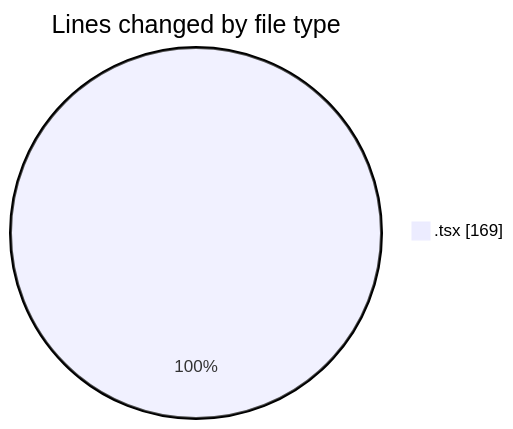
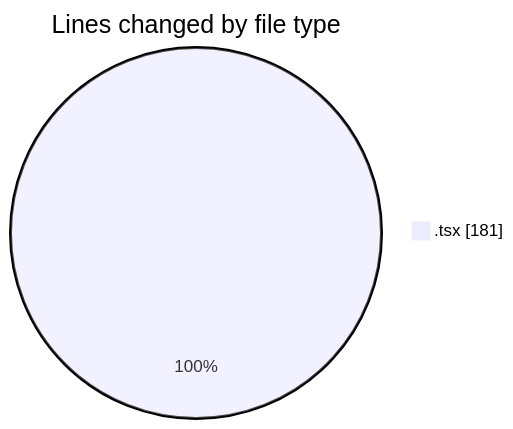
The first of 2 diagrams in 2025-06-12/cda/README.md (momahboobian/code-tracking), drawn with Mermaid before and after one commit. The commit also changed other lines of this file and 1 other file, not shown here.

````diff
--- a/2025-06-12/cda/README.md
+++ b/2025-06-12/cda/README.md
@@ -20,5 +20,5 @@
 ```mermaid
 pie showData
 title Lines changed by file type
-".tsx" : 169
+".tsx" : 181
 ```
````
